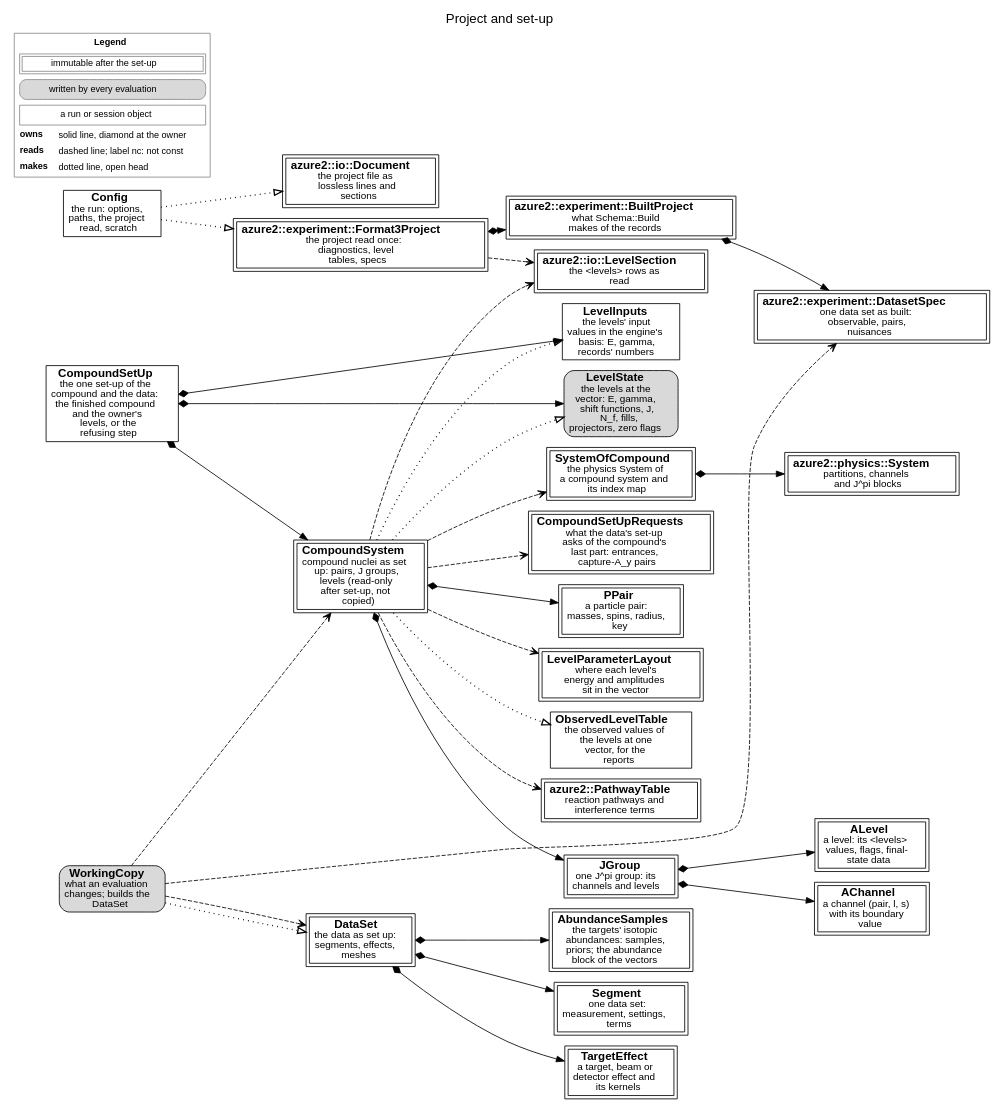
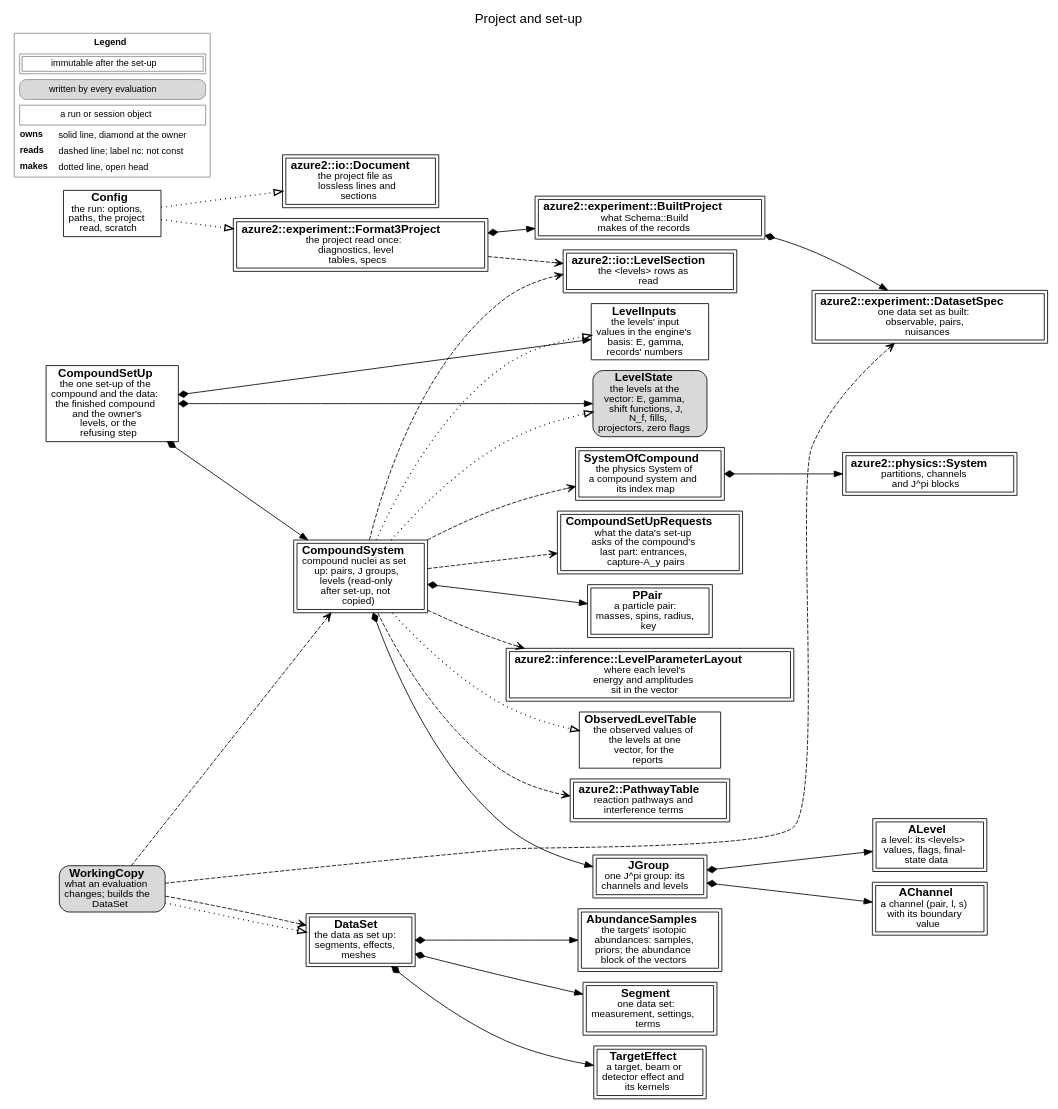
The diagram in docs/source/developer/figures/setup.dot (AZURE2DEV/AZURE2), drawn with Graphviz before and after one commit. The commit also changed 47 other files, not shown here.

```diff
--- a/docs/source/developer/figures/setup.dot
+++ b/docs/source/developer/figures/setup.dot
@@ -1,59 +1,59 @@
 digraph setup {
   graph [rankdir=LR, fontname="Helvetica", fontsize=16, labelloc=t, label="Project and set-up", nodesep=0.18, ranksep=0.3, newrank=true];
   node [fontname="Helvetica", fontsize=14, margin="0.08,0.04"];
   edge [fontname="Helvetica", fontsize=12];
   n_azure2__io__Document [label=<<b>azure2::io::Document</b><br/><font point-size="12">the project file as<br/>lossless lines and<br/>sections</font>>, shape=box, peripheries=2, style="filled", fillcolor="white"];
   n_azure2__io__LevelSection [label=<<b>azure2::io::LevelSection</b><br/><font point-size="12">the &lt;levels&gt; rows as<br/>read</font>>, shape=box, peripheries=2, style="filled", fillcolor="white"];
   n_azure2__experiment__Format3Project [label=<<b>azure2::experiment::Format3Project</b><br/><font point-size="12">the project read once:<br/>diagnostics, level<br/>tables, specs</font>>, shape=box, peripheries=2, style="filled", fillcolor="white"];
   n_azure2__experiment__BuiltProject [label=<<b>azure2::experiment::BuiltProject</b><br/><font point-size="12">what Schema::Build<br/>makes of the records</font>>, shape=box, peripheries=2, style="filled", fillcolor="white"];
   n_azure2__experiment__DatasetSpec [label=<<b>azure2::experiment::DatasetSpec</b><br/><font point-size="12">one data set as built:<br/>observable, pairs,<br/>nuisances</font>>, shape=box, peripheries=2, style="filled", fillcolor="white"];
   n_Config [label=<<b>Config</b><br/><font point-size="12">the run: options,<br/>paths, the project<br/>read, scratch</font>>, shape=box, style="filled", fillcolor="white"];
   n_CompoundSystem [label=<<b>CompoundSystem</b><br/><font point-size="12">compound nuclei as set<br/>up: pairs, J groups,<br/>levels (read-only<br/>after set-up, not<br/>copied)</font>>, shape=box, peripheries=2, style="filled", fillcolor="white"];
   n_CompoundSetUp [label=<<b>CompoundSetUp</b><br/><font point-size="12">the one set-up of the<br/>compound and the data:<br/>the finished compound<br/>and the owner&#x27;s<br/>levels, or the<br/>refusing step</font>>, shape=box, style="filled", fillcolor="white"];
   n_CompoundSetUpRequests [label=<<b>CompoundSetUpRequests</b><br/><font point-size="12">what the data&#x27;s set-up<br/>asks of the compound&#x27;s<br/>last part: entrances,<br/>capture-A_y pairs</font>>, shape=box, peripheries=2, style="filled", fillcolor="white"];
   n_PPair [label=<<b>PPair</b><br/><font point-size="12">a particle pair:<br/>masses, spins, radius,<br/>key</font>>, shape=box, peripheries=2, style="filled", fillcolor="white"];
   n_JGroup [label=<<b>JGroup</b><br/><font point-size="12">one J^pi group: its<br/>channels and levels</font>>, shape=box, peripheries=2, style="filled", fillcolor="white"];
   n_AChannel [label=<<b>AChannel</b><br/><font point-size="12">a channel (pair, l, s)<br/>with its boundary<br/>value</font>>, shape=box, peripheries=2, style="filled", fillcolor="white"];
   n_ALevel [label=<<b>ALevel</b><br/><font point-size="12">a level: its &lt;levels&gt;<br/>values, flags, final-<br/>state data</font>>, shape=box, peripheries=2, style="filled", fillcolor="white"];
   n_LevelInputs [label=<<b>LevelInputs</b><br/><font point-size="12">the levels&#x27; input<br/>values in the engine&#x27;s<br/>basis: E, gamma,<br/>records&#x27; numbers</font>>, shape=box, style="filled", fillcolor="white"];
   n_LevelState [label=<<b>LevelState</b><br/><font point-size="12">the levels at the<br/>vector: E, gamma,<br/>shift functions, J,<br/>N_f, fills,<br/>projectors, zero flags</font>>, shape=box, style="rounded,filled", fillcolor="#d9d9d9"];
-  n_LevelParameterLayout [label=<<b>LevelParameterLayout</b><br/><font point-size="12">where each level&#x27;s<br/>energy and amplitudes<br/>sit in the vector</font>>, shape=box, peripheries=2, style="filled", fillcolor="white"];
+  n_azure2__inference__LevelParameterLayout [label=<<b>azure2::inference::LevelParameterLayout</b><br/><font point-size="12">where each level&#x27;s<br/>energy and amplitudes<br/>sit in the vector</font>>, shape=box, peripheries=2, style="filled", fillcolor="white"];
   n_ObservedLevelTable [label=<<b>ObservedLevelTable</b><br/><font point-size="12">the observed values of<br/>the levels at one<br/>vector, for the<br/>reports</font>>, shape=box, style="filled", fillcolor="white"];
   n_SystemOfCompound [label=<<b>SystemOfCompound</b><br/><font point-size="12">the physics System of<br/>a compound system and<br/>its index map</font>>, shape=box, peripheries=2, style="filled", fillcolor="white"];
   n_azure2__physics__System [label=<<b>azure2::physics::System</b><br/><font point-size="12">partitions, channels<br/>and J^pi blocks</font>>, shape=box, peripheries=2, style="filled", fillcolor="white"];
   n_azure2__PathwayTable [label=<<b>azure2::PathwayTable</b><br/><font point-size="12">reaction pathways and<br/>interference terms</font>>, shape=box, peripheries=2, style="filled", fillcolor="white"];
   n_DataSet [label=<<b>DataSet</b><br/><font point-size="12">the data as set up:<br/>segments, effects,<br/>meshes</font>>, shape=box, peripheries=2, style="filled", fillcolor="white"];
   n_AbundanceSamples [label=<<b>AbundanceSamples</b><br/><font point-size="12">the targets&#x27; isotopic<br/>abundances: samples,<br/>priors; the abundance<br/>block of the vectors</font>>, shape=box, peripheries=2, style="filled", fillcolor="white"];
   n_Segment [label=<<b>Segment</b><br/><font point-size="12">one data set:<br/>measurement, settings,<br/>terms</font>>, shape=box, peripheries=2, style="filled", fillcolor="white"];
   n_TargetEffect [label=<<b>TargetEffect</b><br/><font point-size="12">a target, beam or<br/>detector effect and<br/>its kernels</font>>, shape=box, peripheries=2, style="filled", fillcolor="white"];
   n_WorkingCopy [label=<<b>WorkingCopy</b><br/><font point-size="12">what an evaluation<br/>changes; builds the<br/>DataSet</font>>, shape=box, style="rounded,filled", fillcolor="#d9d9d9"];
   n_Config -> n_azure2__io__Document [style=dotted, penwidth=1.6, arrowhead=empty];
   n_Config -> n_azure2__experiment__Format3Project [style=dotted, penwidth=1.6, arrowhead=empty];
   n_azure2__experiment__Format3Project -> n_azure2__io__LevelSection [style=dashed, arrowhead=vee];
   n_azure2__experiment__Format3Project -> n_azure2__experiment__BuiltProject [style=solid, dir=both, arrowtail=diamond, arrowhead=normal];
   n_azure2__experiment__BuiltProject -> n_azure2__experiment__DatasetSpec [style=solid, dir=both, arrowtail=diamond, arrowhead=normal];
   n_CompoundSystem -> n_azure2__io__LevelSection [style=dashed, arrowhead=vee];
   n_CompoundSystem -> n_PPair [style=solid, dir=both, arrowtail=diamond, arrowhead=normal];
   n_CompoundSystem -> n_JGroup [style=solid, dir=both, arrowtail=diamond, arrowhead=normal];
   n_JGroup -> n_AChannel [style=solid, dir=both, arrowtail=diamond, arrowhead=normal];
   n_JGroup -> n_ALevel [style=solid, dir=both, arrowtail=diamond, arrowhead=normal];
   n_CompoundSystem -> n_LevelState [style=dotted, penwidth=1.6, arrowhead=empty];
   n_CompoundSystem -> n_LevelInputs [style=dotted, penwidth=1.6, arrowhead=empty];
-  n_CompoundSystem -> n_LevelParameterLayout [style=dashed, arrowhead=vee];
+  n_CompoundSystem -> n_azure2__inference__LevelParameterLayout [style=dashed, arrowhead=vee];
   n_CompoundSystem -> n_ObservedLevelTable [style=dotted, penwidth=1.6, arrowhead=empty];
   n_CompoundSystem -> n_SystemOfCompound [style=dashed, arrowhead=vee];
   n_SystemOfCompound -> n_azure2__physics__System [style=solid, dir=both, arrowtail=diamond, arrowhead=normal];
   n_CompoundSystem -> n_azure2__PathwayTable [style=dashed, arrowhead=vee];
   n_CompoundSetUp -> n_CompoundSystem [style=solid, dir=both, arrowtail=diamond, arrowhead=normal];
   n_CompoundSetUp -> n_LevelState [style=solid, dir=both, arrowtail=diamond, arrowhead=normal];
   n_CompoundSetUp -> n_LevelInputs [style=solid, dir=both, arrowtail=diamond, arrowhead=normal];
   n_CompoundSystem -> n_CompoundSetUpRequests [style=dashed, arrowhead=vee];
   n_WorkingCopy -> n_azure2__experiment__DatasetSpec [style=dashed, arrowhead=vee];
   n_WorkingCopy -> n_CompoundSystem [style=dashed, arrowhead=vee];
   n_WorkingCopy -> n_DataSet [style=dotted, penwidth=1.6, arrowhead=empty];
   n_WorkingCopy -> n_DataSet [style=dashed, arrowhead=vee];
   n_DataSet -> n_Segment [style=solid, dir=both, arrowtail=diamond, arrowhead=normal];
   n_DataSet -> n_TargetEffect [style=solid, dir=both, arrowtail=diamond, arrowhead=normal];
   n_DataSet -> n_AbundanceSamples [style=solid, dir=both, arrowtail=diamond, arrowhead=normal];
   legend [shape=plaintext, fontsize=11, label=<<TABLE BORDER="1" CELLBORDER="0" CELLSPACING="3" COLOR="#888888"><TR><TD COLSPAN="2"><B>Legend</B></TD></TR><TR><TD COLSPAN="2"><TABLE BORDER="1" CELLBORDER="1" CELLSPACING="2" CELLPADDING="2"><TR><TD>immutable after the set-up</TD></TR></TABLE></TD></TR><TR><TD COLSPAN="2"><TABLE BORDER="1" CELLBORDER="0" CELLPADDING="3" STYLE="rounded" BGCOLOR="#d9d9d9"><TR><TD>written by every evaluation</TD></TR></TABLE></TD></TR><TR><TD COLSPAN="2"><TABLE BORDER="1" CELLBORDER="0" CELLPADDING="3" ><TR><TD>a run or session object</TD></TR></TABLE></TD></TR><TR><TD ALIGN="LEFT"><B>owns</B></TD><TD ALIGN="LEFT">solid line, diamond at the owner</TD></TR><TR><TD ALIGN="LEFT"><B>reads</B></TD><TD ALIGN="LEFT">dashed line; label nc: not const</TD></TR><TR><TD ALIGN="LEFT"><B>makes</B></TD><TD ALIGN="LEFT">dotted line, open head</TD></TR></TABLE>>];
 }
```
